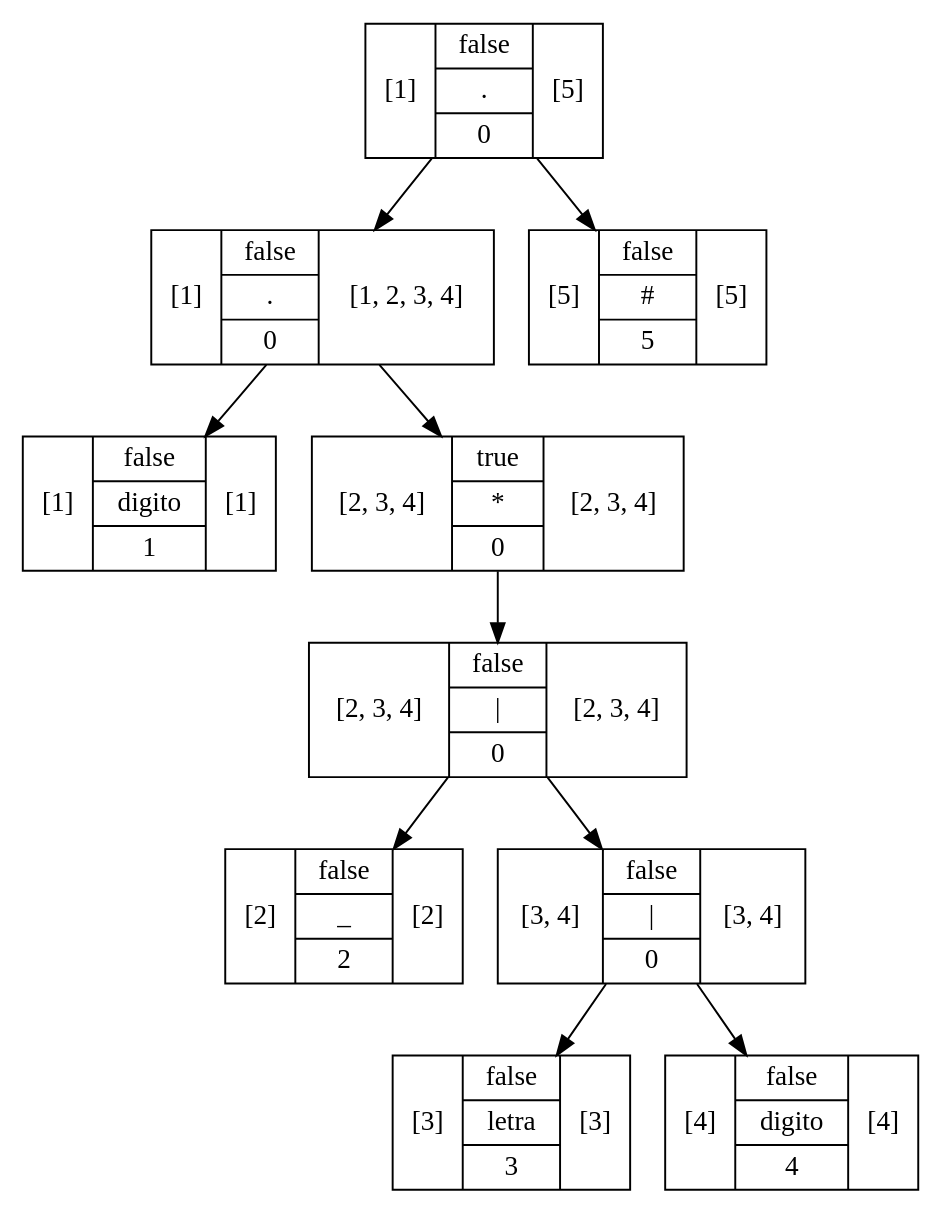
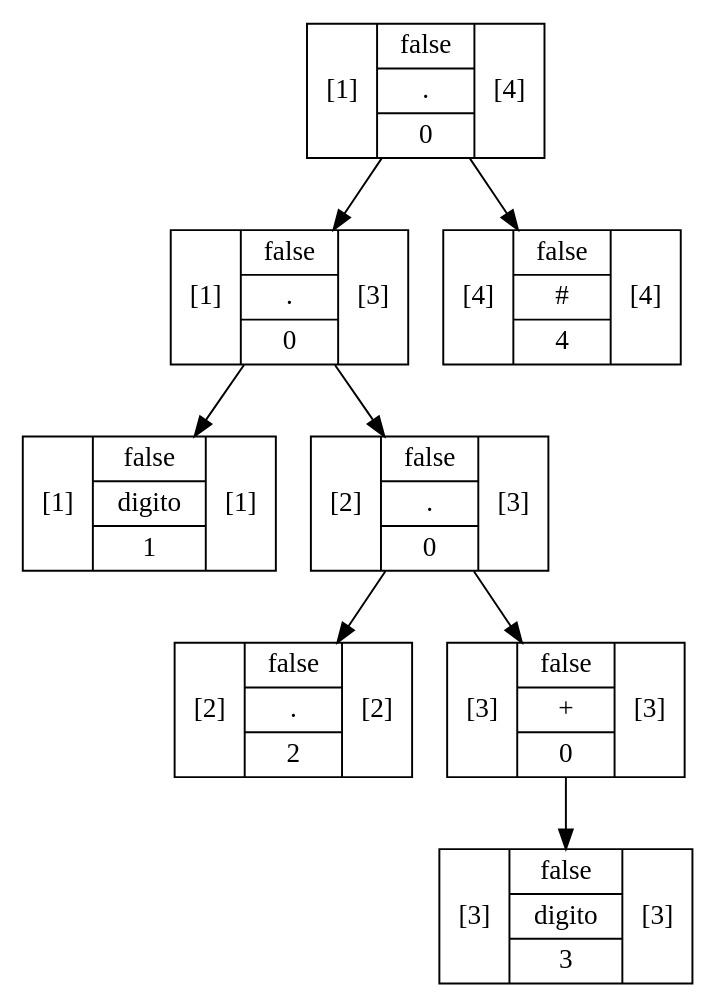
One commit to RojasCJP/Proyecto1_Compi1 changed the diagram in src/Graphviz/Arbol22.dot. Above: the diagram before and after it, drawn with Graphviz. The commit also changed 456 other files, not shown here.

```diff
--- a/src/Graphviz/Arbol22.dot
+++ b/src/Graphviz/Arbol22.dot
@@ -1,21 +1,17 @@
 digraph structs {
-    node [shape=record];ArbolNodoMetodo9c9aad9[label="[1]|{false|{digito}|1}|[1]"];
-ArbolNodoMetodoba3ae26[label="[2]|{false|{_}|2}|[2]"];
-ArbolNodoMetodo3f8f92d4[label="[3]|{false|{letra}|3}|[3]"];
-ArbolNodoMetodo744639f8[label="[4]|{false|{digito}|4}|[4]"];
-ArbolNodoMetodo309dcacb[label="[3, 4]|{false|{\|}|0}|[3, 4]"];
-ArbolNodoMetodo309dcacb -> ArbolNodoMetodo3f8f92d4;
-ArbolNodoMetodo309dcacb -> ArbolNodoMetodo744639f8;
-ArbolNodoMetodo26598060[label="[2, 3, 4]|{false|{\|}|0}|[2, 3, 4]"];
-ArbolNodoMetodo26598060 -> ArbolNodoMetodoba3ae26;
-ArbolNodoMetodo26598060 -> ArbolNodoMetodo309dcacb;
-ArbolNodoMetodo6503af4d[label="[2, 3, 4]|{true|{*}|0}|[2, 3, 4]"];
-ArbolNodoMetodo6503af4d -> ArbolNodoMetodo26598060;
-ArbolNodoMetodo20cfd3ec[label="[1]|{false|{.}|0}|[1, 2, 3, 4]"];
-ArbolNodoMetodo20cfd3ec -> ArbolNodoMetodo9c9aad9;
-ArbolNodoMetodo20cfd3ec -> ArbolNodoMetodo6503af4d;
-ArbolNodoMetodo7eda8eac[label="[5]|{false|{#}|5}|[5]"];
-ArbolNodoMetodo146a4b97[label="[1]|{false|{.}|0}|[5]"];
-ArbolNodoMetodo146a4b97 -> ArbolNodoMetodo20cfd3ec;
-ArbolNodoMetodo146a4b97 -> ArbolNodoMetodo7eda8eac;
+    node [shape=record];ArbolNodoMetodo16679c31[label="[1]|{false|{digito}|1}|[1]"];
+ArbolNodoMetodo36269d1f[label="[2]|{false|{.}|2}|[2]"];
+ArbolNodoMetodo3f52b842[label="[3]|{false|{digito}|3}|[3]"];
+ArbolNodoMetodo20263095[label="[3]|{false|{+}|0}|[3]"];
+ArbolNodoMetodo20263095 -> ArbolNodoMetodo3f52b842;
+ArbolNodoMetodoa8ab6b4[label="[2]|{false|{.}|0}|[3]"];
+ArbolNodoMetodoa8ab6b4 -> ArbolNodoMetodo36269d1f;
+ArbolNodoMetodoa8ab6b4 -> ArbolNodoMetodo20263095;
+ArbolNodoMetodo8c60c9f[label="[1]|{false|{.}|0}|[3]"];
+ArbolNodoMetodo8c60c9f -> ArbolNodoMetodo16679c31;
+ArbolNodoMetodo8c60c9f -> ArbolNodoMetodoa8ab6b4;
+ArbolNodoMetodo22fc356d[label="[4]|{false|{#}|4}|[4]"];
+ArbolNodoMetodo33cf1b3f[label="[1]|{false|{.}|0}|[4]"];
+ArbolNodoMetodo33cf1b3f -> ArbolNodoMetodo8c60c9f;
+ArbolNodoMetodo33cf1b3f -> ArbolNodoMetodo22fc356d;
 }
```
